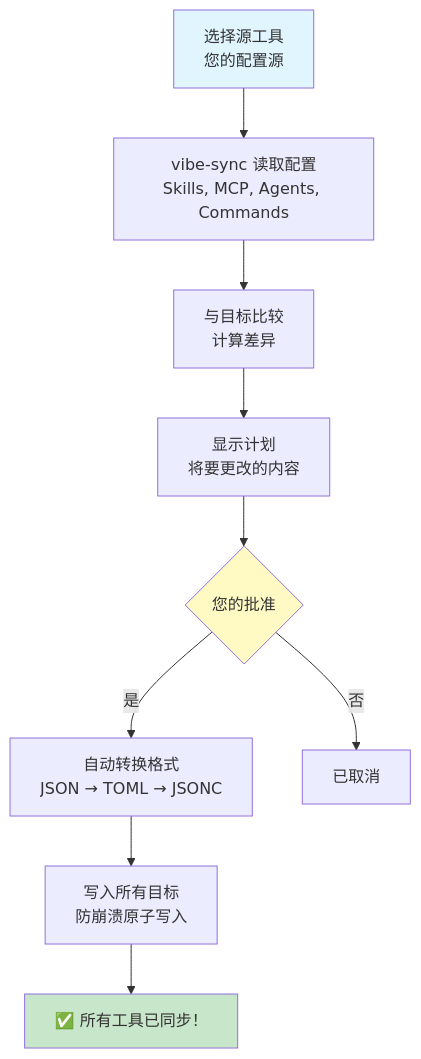
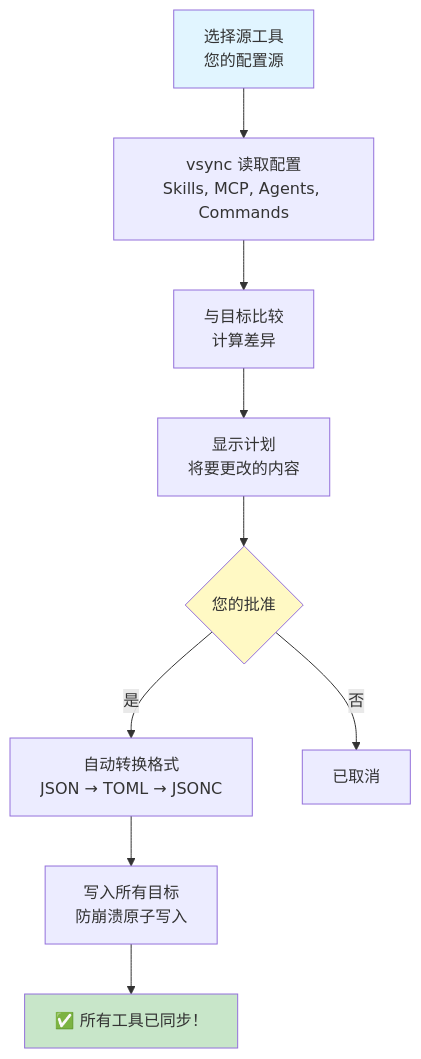
The diagram in website/content/zh/docs/core-concepts.mdx (nicepkg/vsync), drawn with Mermaid before and after one commit. The commit also changed other lines of this file and 90 other files, not shown here.

Commit message:
refactor: rename vibe-sync to vsync across the project

````diff
--- a/website/content/zh/docs/core-concepts.mdx
+++ b/website/content/zh/docs/core-concepts.mdx
@@ -14,15 +14,15 @@
 ```mermaid
 flowchart TD
-    A[选择源工具<br/>您的配置源] --> B[vibe-sync 读取配置<br/>Skills, MCP, Agents, Commands]
+    A[选择源工具<br/>您的配置源] --> B[vsync 读取配置<br/>Skills, MCP, Agents, Commands]
     B --> C[与目标比较<br/>计算差异]
     C --> D[显示计划<br/>将要更改的内容]
     D --> E{您的批准}
     E -->|是| F[自动转换格式<br/>JSON → TOML → JSONC]
     E -->|否| G[已取消]
     F --> H[写入所有目标<br/>防崩溃原子写入]
     H --> I[✅ 所有工具已同步！]
 
     style A fill:#e1f5ff
     style I fill:#c8e6c9
     style E fill:#fff9c4
 ```
````
